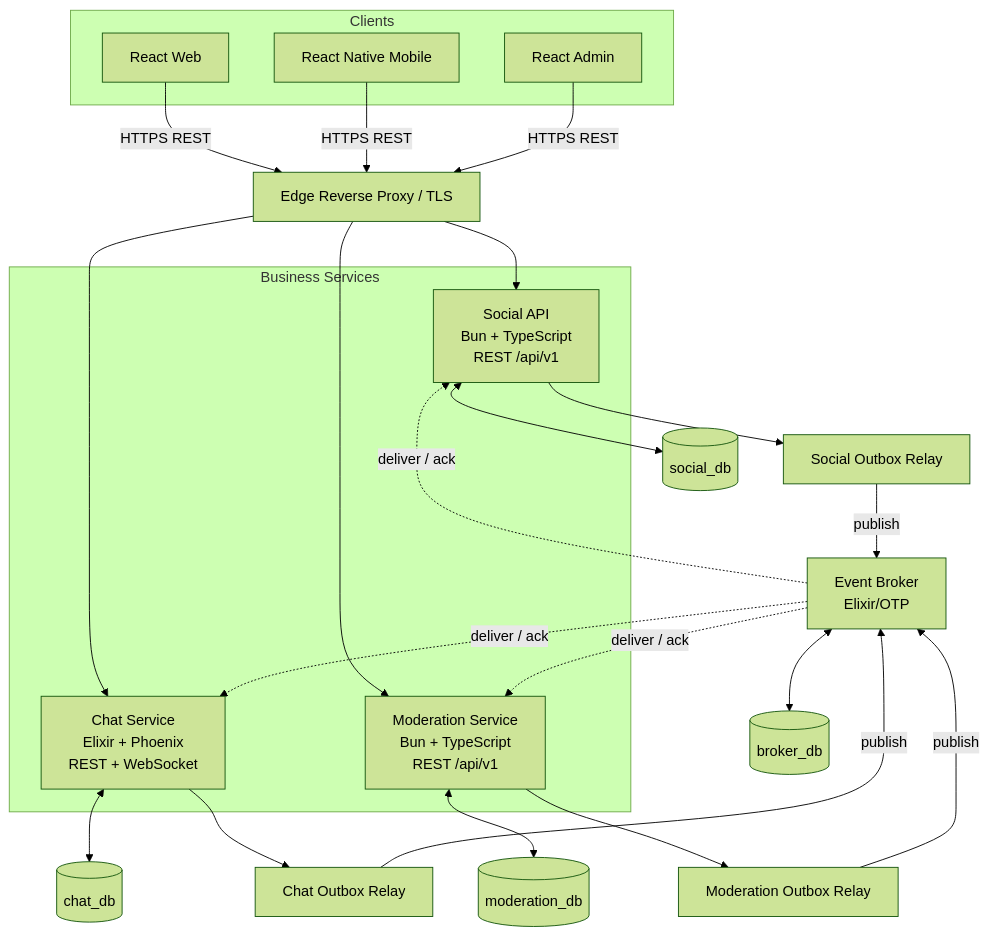
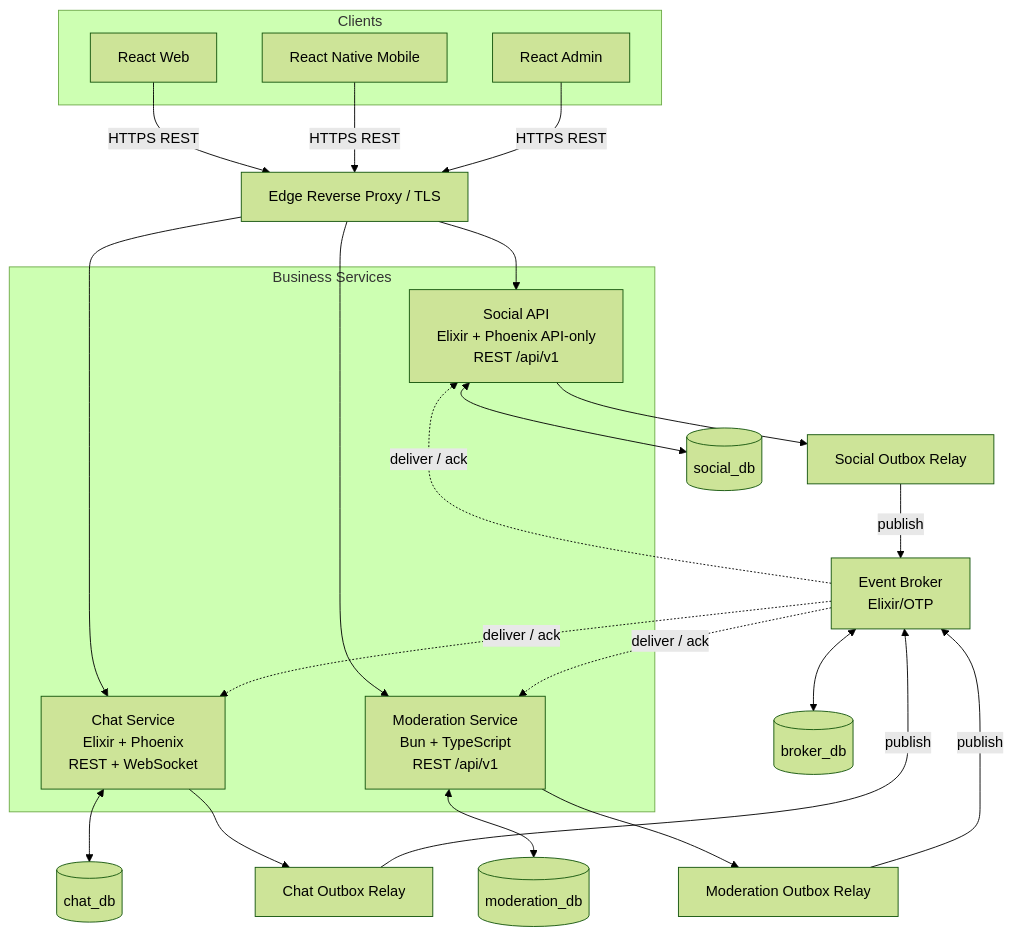
One commit to DevHustlers-Community/ASN changed the first of 4 diagrams in docs/architecture/architecture-and-schema.md. Above: the diagram before and after it, drawn with Mermaid (forest theme). The commit also changed other lines of this file and 72 other files, not shown here.

First line of the commit message:
feat(social): add Elixir internal authorization slice

````diff
--- a/docs/architecture/architecture-and-schema.md
+++ b/docs/architecture/architecture-and-schema.md
@@ -76,40 +76,40 @@
 ```mermaid
 flowchart TB
   subgraph Clients[Clients]
     WEB[React Web]
     MOB[React Native Mobile]
     ADMIN[React Admin]
   end
 
   EDGE[Edge Reverse Proxy / TLS]
   WEB -->|HTTPS REST| EDGE
   MOB -->|HTTPS REST| EDGE
   ADMIN -->|HTTPS REST| EDGE
 
   subgraph Services[Business Services]
-    SOCIAL["Social API<br/>Bun + TypeScript<br/>REST /api/v1"]
+    SOCIAL["Social API<br/>Elixir + Phoenix API-only<br/>REST /api/v1"]
     CHAT["Chat Service<br/>Elixir + Phoenix<br/>REST + WebSocket"]
     MOD["Moderation Service<br/>Bun + TypeScript<br/>REST /api/v1"]
   end
 
   EDGE --> SOCIAL
   EDGE --> CHAT
   EDGE --> MOD
 
   SOCIAL <--> SDB[(social_db)]
   CHAT <--> CDB[(chat_db)]
   MOD <--> MDB[(moderation_db)]
 
   SOCIAL --> SO[Social Outbox Relay]
   CHAT --> CO[Chat Outbox Relay]
   MOD --> MO[Moderation Outbox Relay]
 
   SO -->|publish| BROKER["Event Broker<br/>Elixir/OTP"]
   CO -->|publish| BROKER
   MO -->|publish| BROKER
   BROKER <--> BDB[(broker_db)]
 
   BROKER -. deliver / ack .-> SOCIAL
   BROKER -. deliver / ack .-> CHAT
   BROKER -. deliver / ack .-> MOD
 ```
````
